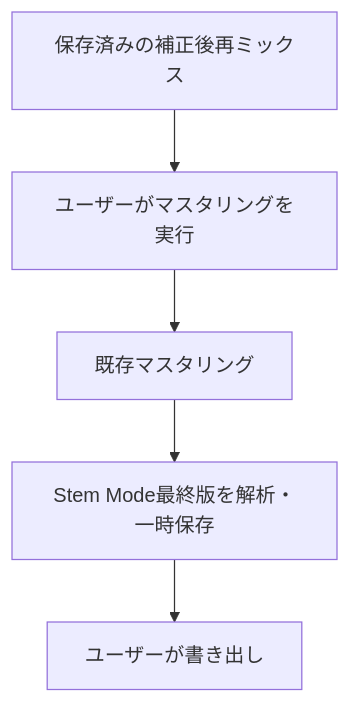
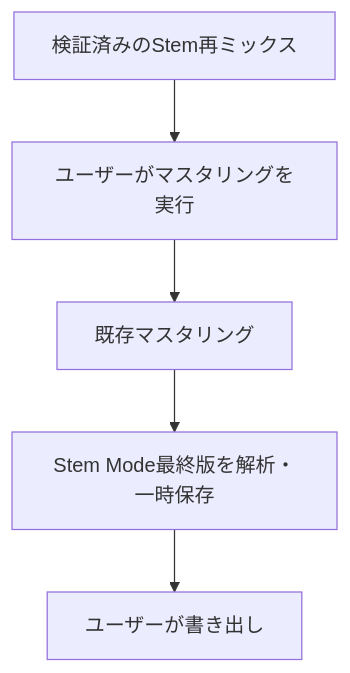
The fifth of 5 diagrams in README.md (hajimeno-ipoo/Veloura-Lucent), drawn with Mermaid before and after one commit. The commit also changed other lines of this file and 94 other files, not shown here.

````diff
--- a/README.md
+++ b/README.md
@@ -211,10 +236,10 @@
 ```mermaid
 flowchart TB
-    A["保存済みの補正後再ミックス"]
+    A["検証済みのStem再ミックス"]
     B["ユーザーがマスタリングを実行"]
     C["既存マスタリング"]
     D["Stem Mode最終版を解析・一時保存"]
     E["ユーザーが書き出し"]
 
     A --> B --> C --> D --> E
 ```
````
